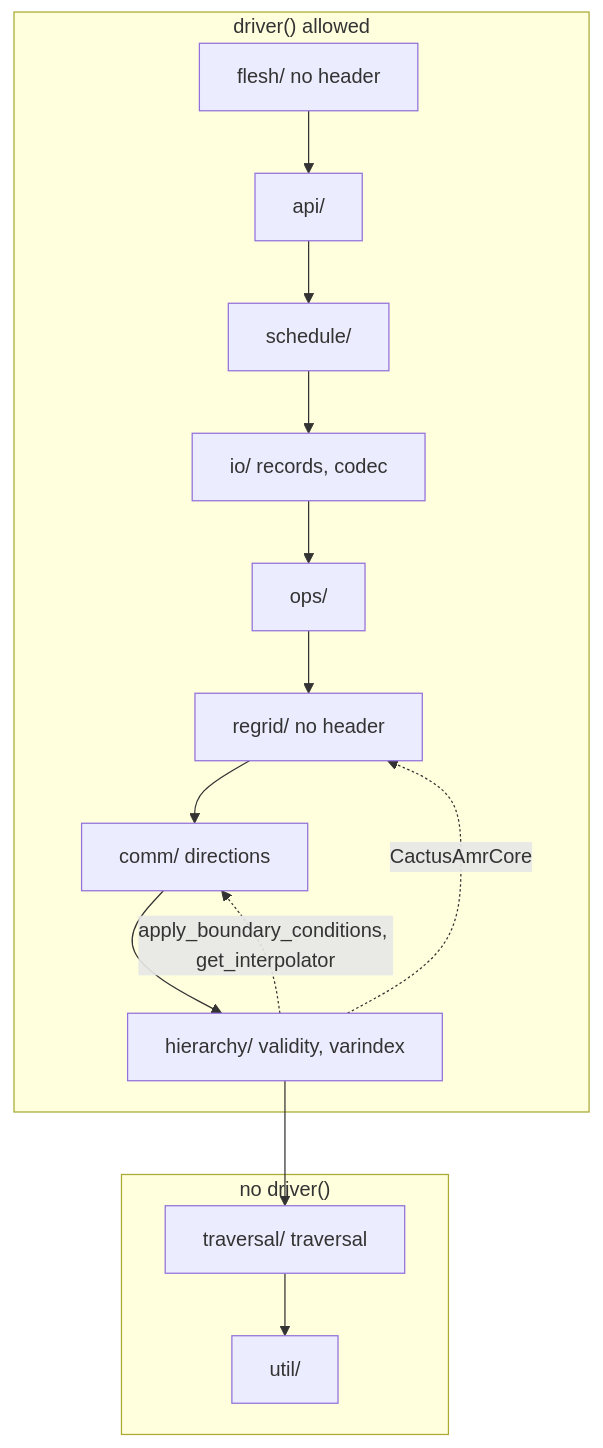
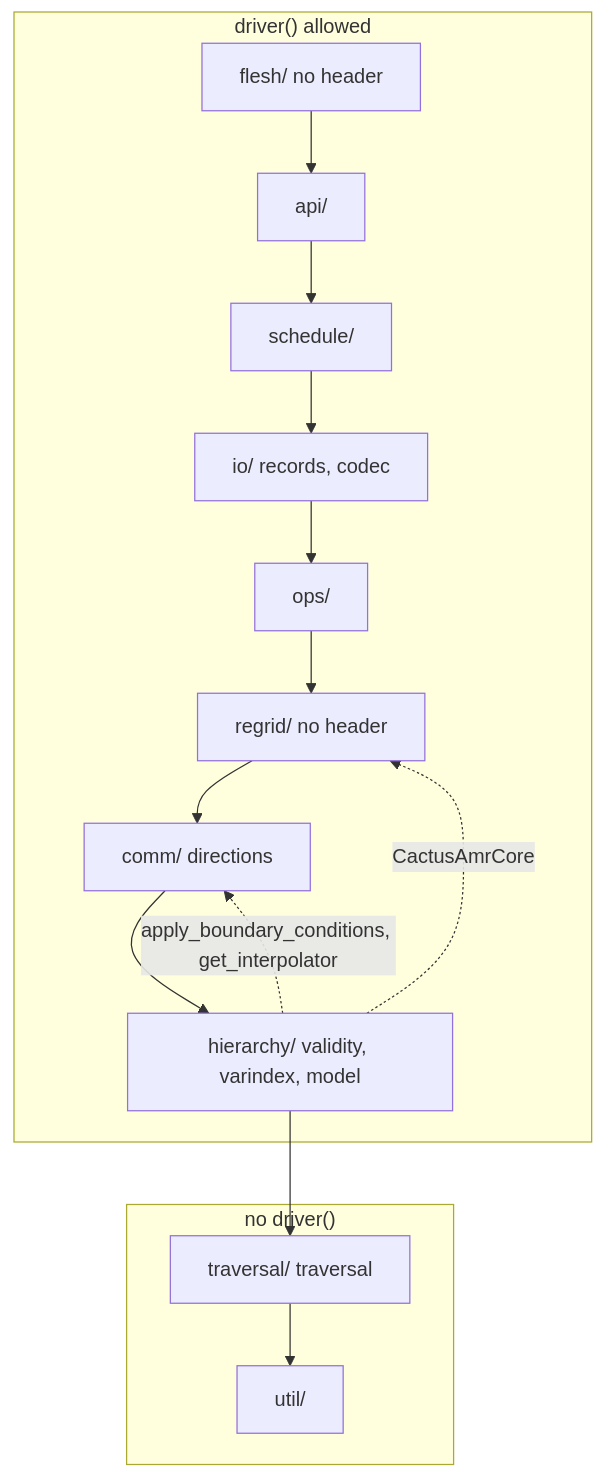
One commit to lwJi/CarpetX changed the first of 3 diagrams in agent_docs/carpetx-internals.md. Above: the diagram before and after it, drawn with Mermaid. The commit also changed other lines of this file and 14 other files, not shown here.

````diff
--- a/agent_docs/carpetx-internals.md
+++ b/agent_docs/carpetx-internals.md
@@ -9,21 +9,21 @@
 ```mermaid
 %% python3 scripts/lint doc --write rewrites this block: the stack
 flowchart TB
   subgraph door["driver() allowed"]
     flesh["flesh/ no header"]
     api["api/"]
     schedule["schedule/"]
     io["io/ records, codec"]
     ops["ops/"]
     regrid["regrid/ no header"]
     comm["comm/ directions"]
-    hierarchy["hierarchy/ validity, varindex"]
+    hierarchy["hierarchy/ validity, varindex, model"]
   end
   subgraph nodoor["no driver()"]
     traversal["traversal/ traversal"]
     util["util/"]
   end
   flesh --> api --> schedule --> io --> ops --> regrid --> comm --> hierarchy --> traversal --> util
   hierarchy -. "CactusAmrCore" .-> regrid
   hierarchy -. "apply_boundary_conditions, get_interpolator" .-> comm
 ```
````
